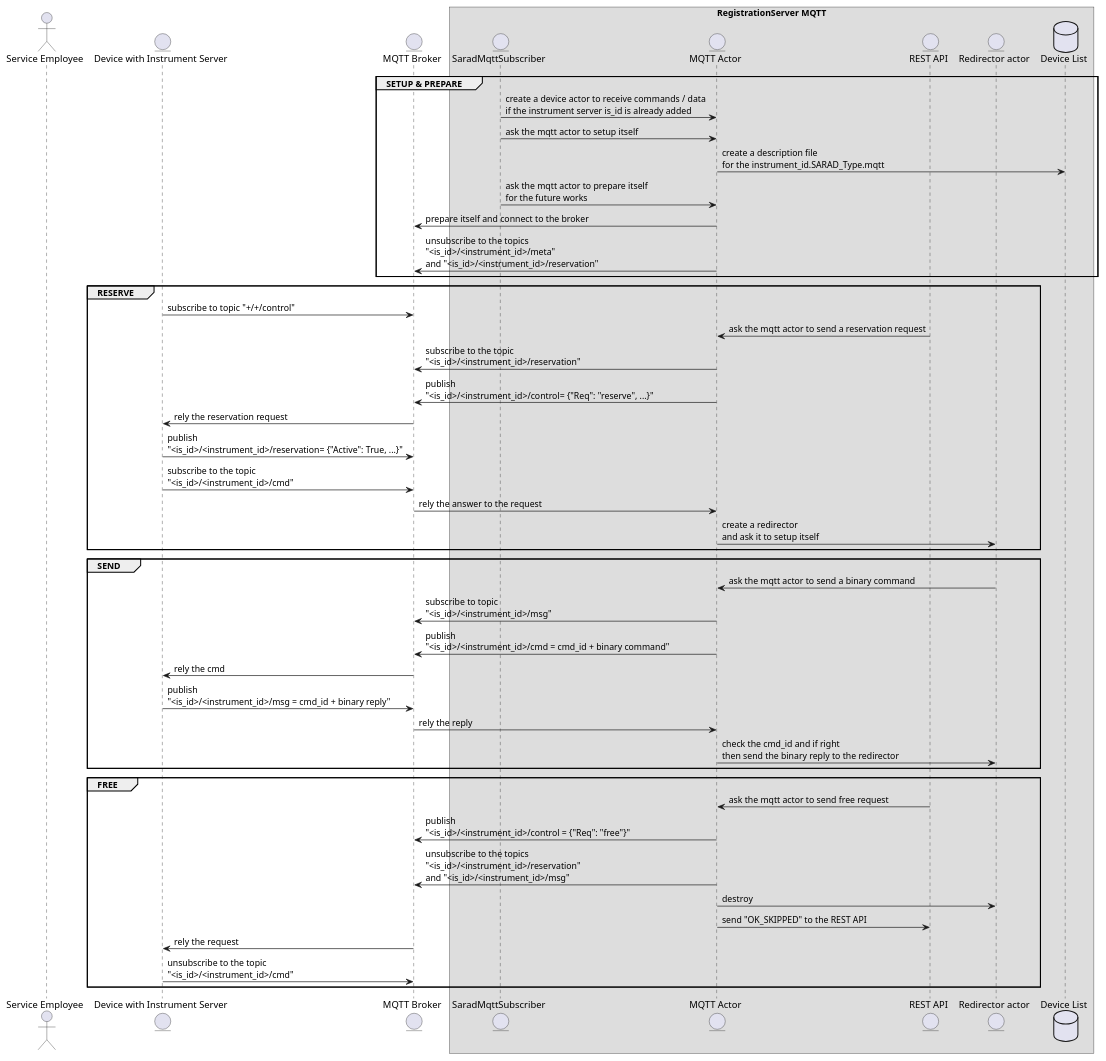
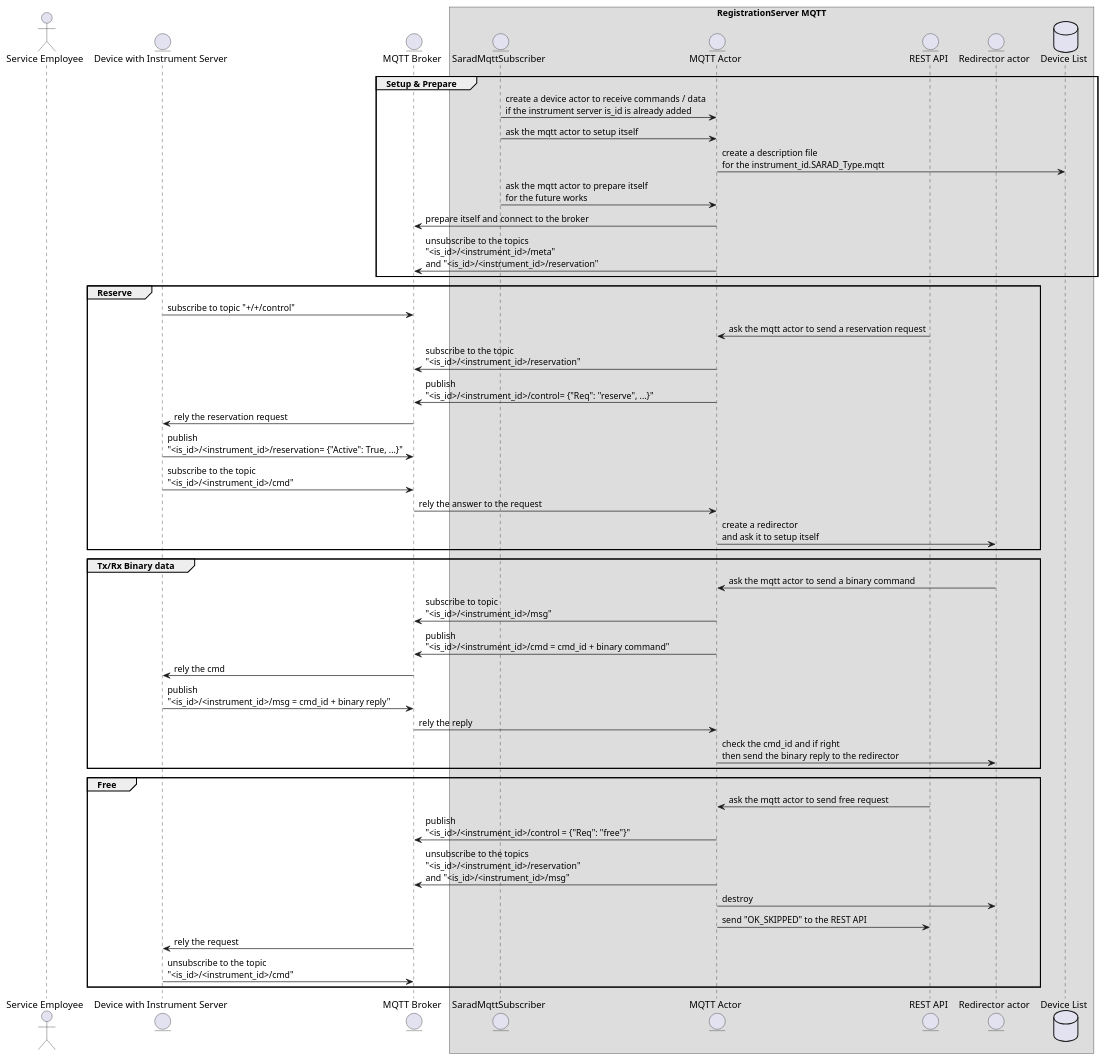
Before and after one commit to SARAD-GmbH/RegServer: the diagram in doc/source/uml-mqtt_actor.puml, drawn with PlantUML. The commit also changed 17 other files, not shown here.

```diff
--- a/doc/source/uml-mqtt_actor.puml
+++ b/doc/source/uml-mqtt_actor.puml
@@ -1,54 +1,54 @@
 @startuml
 actor "Service Employee" as user
 entity "Device with Instrument Server" as is_mqtt
 entity "MQTT Broker" as broker
 box "RegistrationServer MQTT"
 entity "SaradMqttSubscriber" as subscriber
 entity "MQTT Actor" as mqtt_actor
 entity "REST API" as rest_api
 entity "Redirector actor" as redirector
 database "Device List" as d_list
 end box
 
-group SETUP & PREPARE
+group Setup & Prepare
     subscriber -> mqtt_actor : create a device actor to receive commands / data\nif the instrument server is_id is already added
     subscriber -> mqtt_actor : ask the mqtt actor to setup itself
     mqtt_actor -> d_list : create a description file\nfor the instrument_id.SARAD_Type.mqtt
     subscriber -> mqtt_actor : ask the mqtt actor to prepare itself\nfor the future works
     mqtt_actor -> broker : prepare itself and connect to the broker
     mqtt_actor -> broker : unsubscribe to the topics\n"<is_id>/<instrument_id>/meta"\nand "<is_id>/<instrument_id>/reservation"
 end
 
-group RESERVE
+group Reserve
     is_mqtt -> broker : subscribe to topic "+/+/control"
     rest_api -> mqtt_actor : ask the mqtt actor to send a reservation request
     mqtt_actor -> broker : subscribe to the topic\n"<is_id>/<instrument_id>/reservation"
     mqtt_actor -> broker : publish\n"<is_id>/<instrument_id>/control= {"Req": "reserve", ...}"
     broker -> is_mqtt : rely the reservation request
     is_mqtt -> broker : publish\n"<is_id>/<instrument_id>/reservation= {"Active": True, ...}"
     is_mqtt -> broker : subscribe to the topic\n"<is_id>/<instrument_id>/cmd"
     broker -> mqtt_actor : rely the answer to the request
     mqtt_actor -> redirector : create a redirector\nand ask it to setup itself
 end
 
-group SEND
+group Tx/Rx Binary data
     redirector -> mqtt_actor : ask the mqtt actor to send a binary command
     mqtt_actor -> broker : subscribe to topic\n"<is_id>/<instrument_id>/msg"
     mqtt_actor -> broker : publish\n"<is_id>/<instrument_id>/cmd = cmd_id + binary command"
     broker -> is_mqtt : rely the cmd
     is_mqtt -> broker : publish\n"<is_id>/<instrument_id>/msg = cmd_id + binary reply"
     broker -> mqtt_actor : rely the reply
     mqtt_actor -> redirector : check the cmd_id and if right\nthen send the binary reply to the redirector
 end
 
-group FREE
+group Free
     rest_api -> mqtt_actor : ask the mqtt actor to send free request
     mqtt_actor -> broker : publish\n"<is_id>/<instrument_id>/control = {"Req": "free"}"
     mqtt_actor -> broker : unsubscribe to the topics\n"<is_id>/<instrument_id>/reservation"\nand "<is_id>/<instrument_id>/msg"
     mqtt_actor -> redirector : destroy
     mqtt_actor -> rest_api : send "OK_SKIPPED" to the REST API
     broker -> is_mqtt : rely the request
     is_mqtt -> broker : unsubscribe to the topic\n"<is_id>/<instrument_id>/cmd"
 end
 
 @enduml
```
